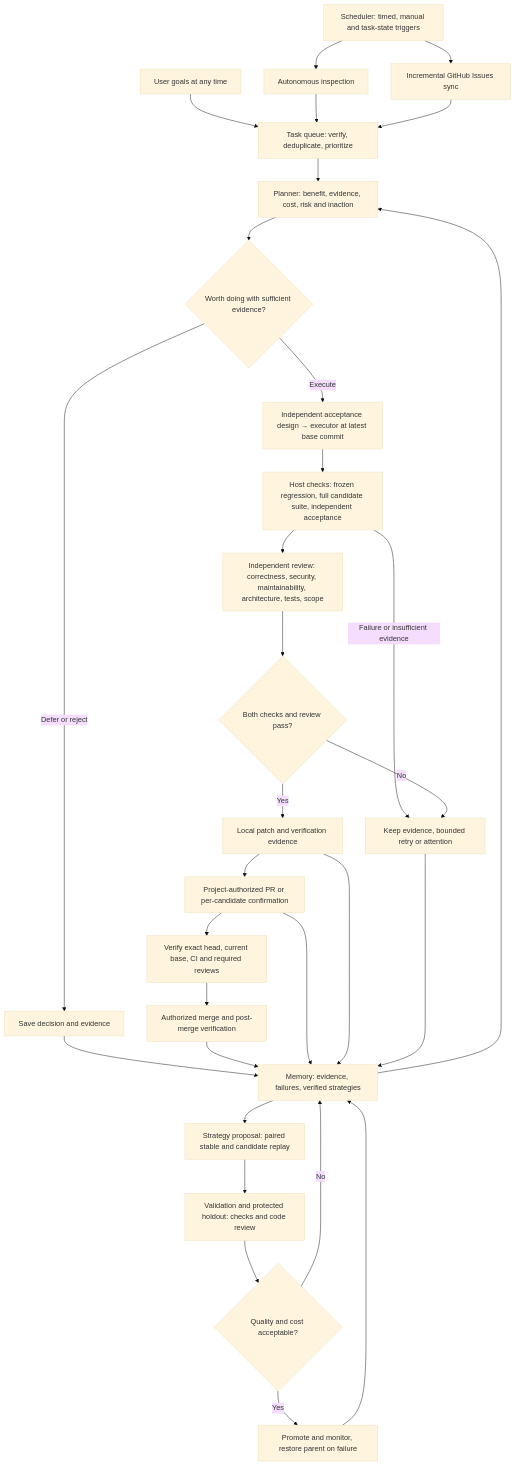
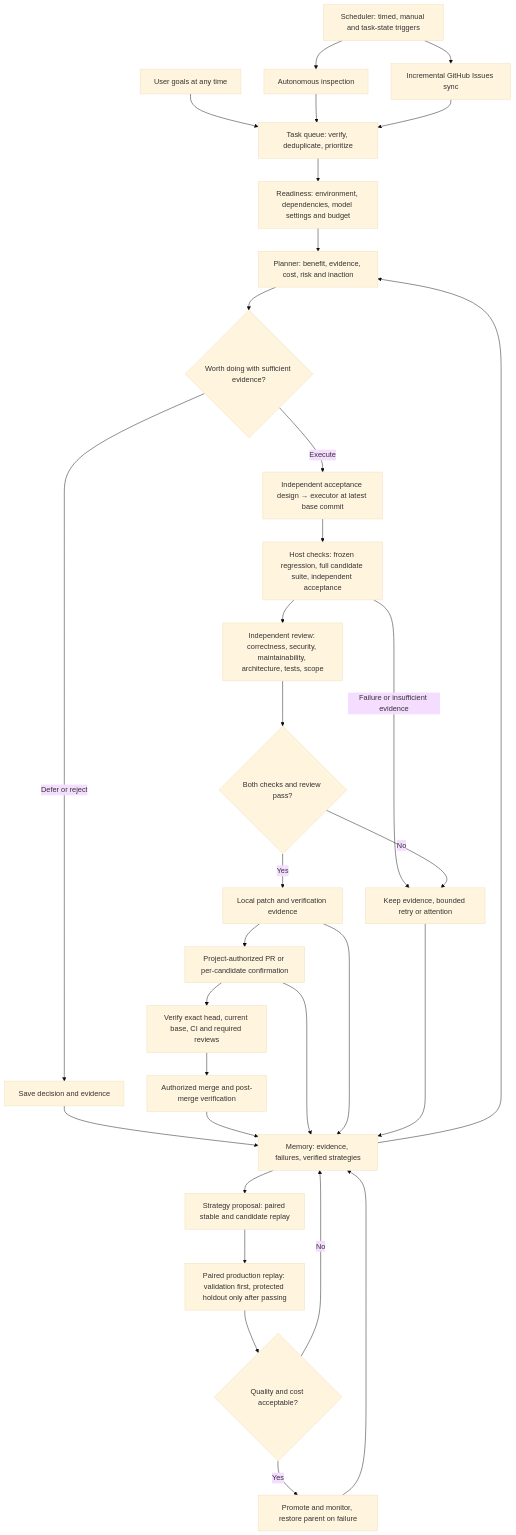
Before and after one commit to Haoog/Adaptive-RSI: the diagram in README.en.md, drawn with Mermaid (base theme). The commit also changed other lines of this file and 50 other files, not shown here.

````diff
--- a/README.en.md
+++ b/README.en.md
@@ -11,33 +13,34 @@
 ```mermaid
 flowchart TD
     S[Scheduler: timed, manual and task-state triggers] --> I[Autonomous inspection]
     S --> G[Incremental GitHub Issues sync]
     U[User goals at any time] --> Q[Task queue: verify, deduplicate, prioritize]
     I --> Q
     G --> Q
     M[Memory: evidence, failures, verified strategies] --> P[Planner: benefit, evidence, cost, risk and inaction]
-    Q --> P
+    Q --> O[Readiness: environment, dependencies, model settings and budget]
+    O --> P
     P --> B{Worth doing with sufficient evidence?}
     B -->|Execute| W[Independent acceptance design → executor at latest base commit]
     B -->|Defer or reject| Z[Save decision and evidence]
     Z --> M
     W --> T[Host checks: frozen regression, full candidate suite, independent acceptance]
     T --> R[Independent review: correctness, security, maintainability, architecture, tests, scope]
     R --> D{Both checks and review pass?}
     D -->|Yes| C[Local patch and verification evidence]
     C --> A[Project-authorized PR or per-candidate confirmation]
     A --> J[Verify exact head, current base, CI and required reviews]
     J --> K[Authorized merge and post-merge verification]
     K --> M
     T -->|Failure or insufficient evidence| F[Keep evidence, bounded retry or attention]
     D -->|No| F
     A --> M
     C --> M
     F --> M
     M --> E[Strategy proposal: paired stable and candidate replay]
-    E --> V[Validation and protected holdout: checks and code review]
+    E --> V[Paired production replay: validation first, protected holdout only after passing]
     V --> H{Quality and cost acceptable?}
     H -->|Yes| N[Promote and monitor, restore parent on failure]
     H -->|No| M
     N --> M
 ```
````
